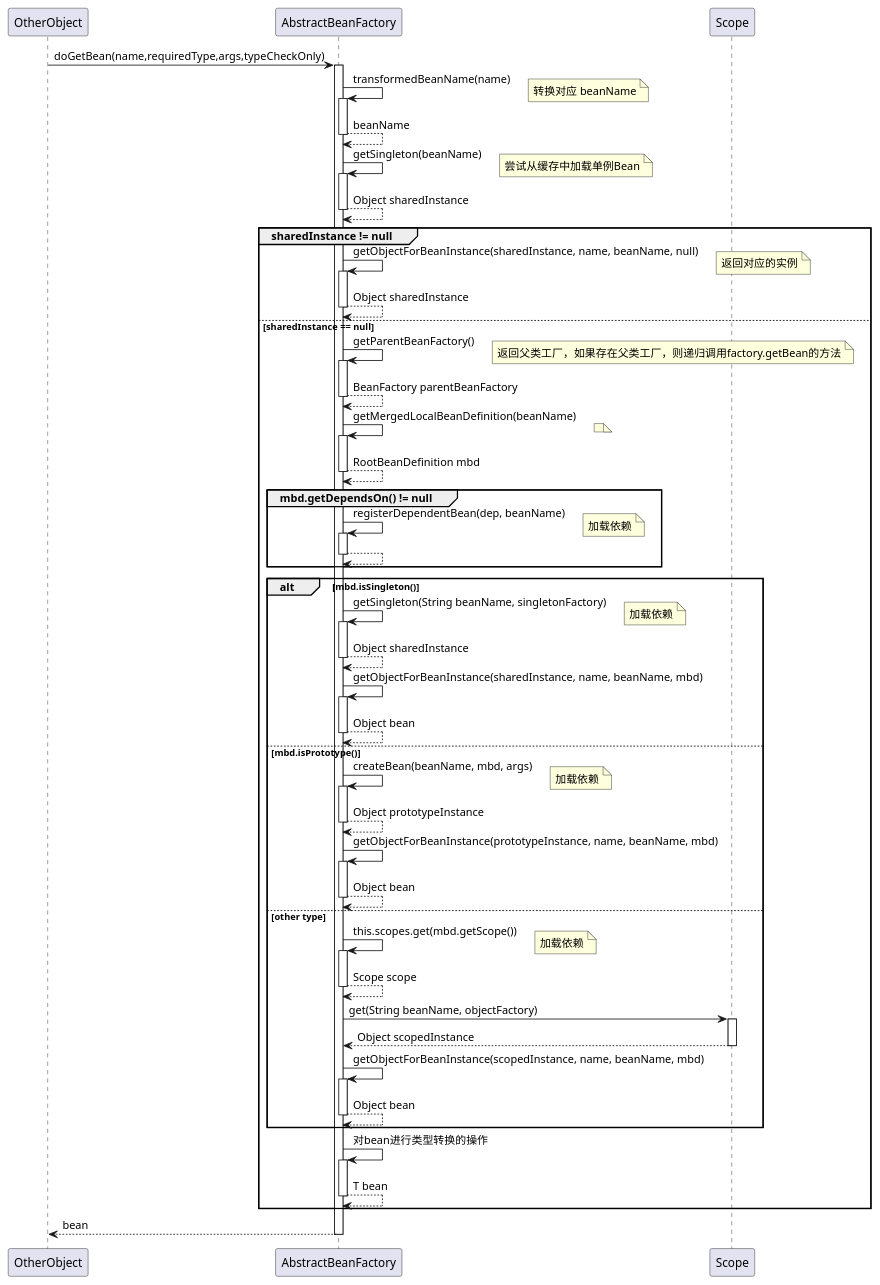
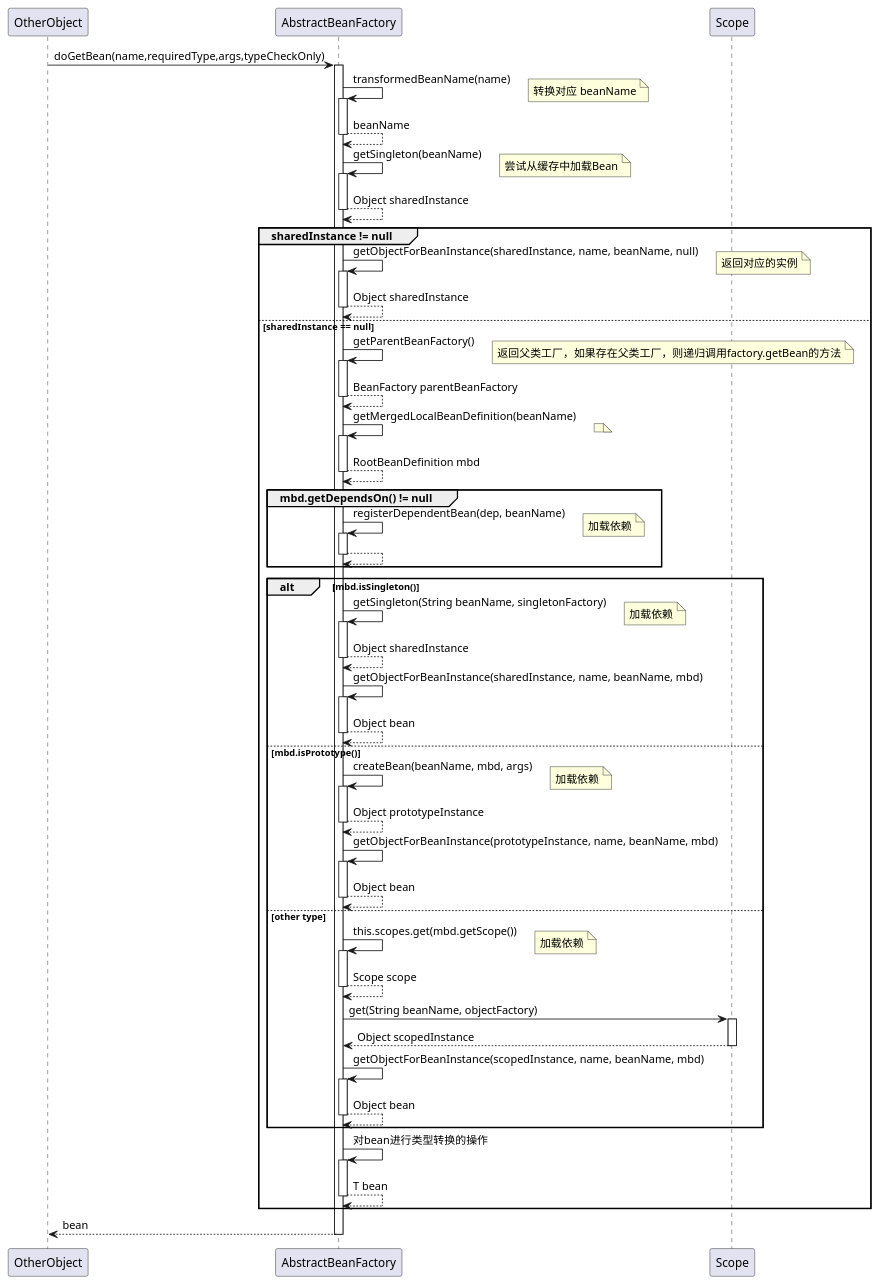
Before and after one commit to aFightz/spring-uml: the diagram in uml/doGetBean.puml, drawn with PlantUML.

Commit message:
push xml。

```diff
--- a/uml/doGetBean.puml
+++ b/uml/doGetBean.puml
@@ -1,81 +1,81 @@
 @startuml
 OtherObject -> AbstractBeanFactory:doGetBean(name,requiredType,args,typeCheckOnly)
 activate AbstractBeanFactory
     AbstractBeanFactory -> AbstractBeanFactory:transformedBeanName(name)
     note right:转换对应 beanName
     activate AbstractBeanFactory
     return beanName
 
 
     AbstractBeanFactory -> AbstractBeanFactory:getSingleton(beanName)
-    note right:尝试从缓存中加载单例Bean
+    note right:尝试从缓存中加载Bean
     activate AbstractBeanFactory
     return Object sharedInstance
 
     group sharedInstance != null
 
         AbstractBeanFactory -> AbstractBeanFactory:getObjectForBeanInstance(sharedInstance, name, beanName, null)
         note right:返回对应的实例
         activate AbstractBeanFactory
         return Object sharedInstance
 
     else sharedInstance == null
 
         AbstractBeanFactory -> AbstractBeanFactory:getParentBeanFactory()
         note right:返回父类工厂，如果存在父类工厂，则递归调用factory.getBean的方法
         activate AbstractBeanFactory
         return BeanFactory parentBeanFactory
 
         AbstractBeanFactory -> AbstractBeanFactory:getMergedLocalBeanDefinition(beanName)
         note right:
         activate AbstractBeanFactory
         return RootBeanDefinition mbd
 
         group mbd.getDependsOn() != null
             AbstractBeanFactory -> AbstractBeanFactory:registerDependentBean(dep, beanName)
             note right:加载依赖
             activate AbstractBeanFactory
             return
         end
 
         alt mbd.isSingleton()
             AbstractBeanFactory -> AbstractBeanFactory:getSingleton(String beanName, singletonFactory)
             note right:加载依赖
             activate AbstractBeanFactory
             return Object sharedInstance
 
             AbstractBeanFactory -> AbstractBeanFactory:getObjectForBeanInstance(sharedInstance, name, beanName, mbd)
             activate AbstractBeanFactory
             return Object bean
 
         else mbd.isPrototype()
             AbstractBeanFactory -> AbstractBeanFactory:createBean(beanName, mbd, args)
             note right:加载依赖
             activate AbstractBeanFactory
             return Object prototypeInstance
 
             AbstractBeanFactory -> AbstractBeanFactory:getObjectForBeanInstance(prototypeInstance, name, beanName, mbd)
             activate AbstractBeanFactory
             return Object bean
 
         else other type
             AbstractBeanFactory -> AbstractBeanFactory:this.scopes.get(mbd.getScope())
             note right:加载依赖
             activate AbstractBeanFactory
             return Scope scope
 
             AbstractBeanFactory -> Scope:get(String beanName, objectFactory)
             activate Scope
             return Object scopedInstance
 
             AbstractBeanFactory -> AbstractBeanFactory:getObjectForBeanInstance(scopedInstance, name, beanName, mbd)
             activate AbstractBeanFactory
             return Object bean
         end
 
             AbstractBeanFactory -> AbstractBeanFactory:对bean进行类型转换的操作
             activate AbstractBeanFactory
             return T bean
     end
 return bean
 @enduml
```
